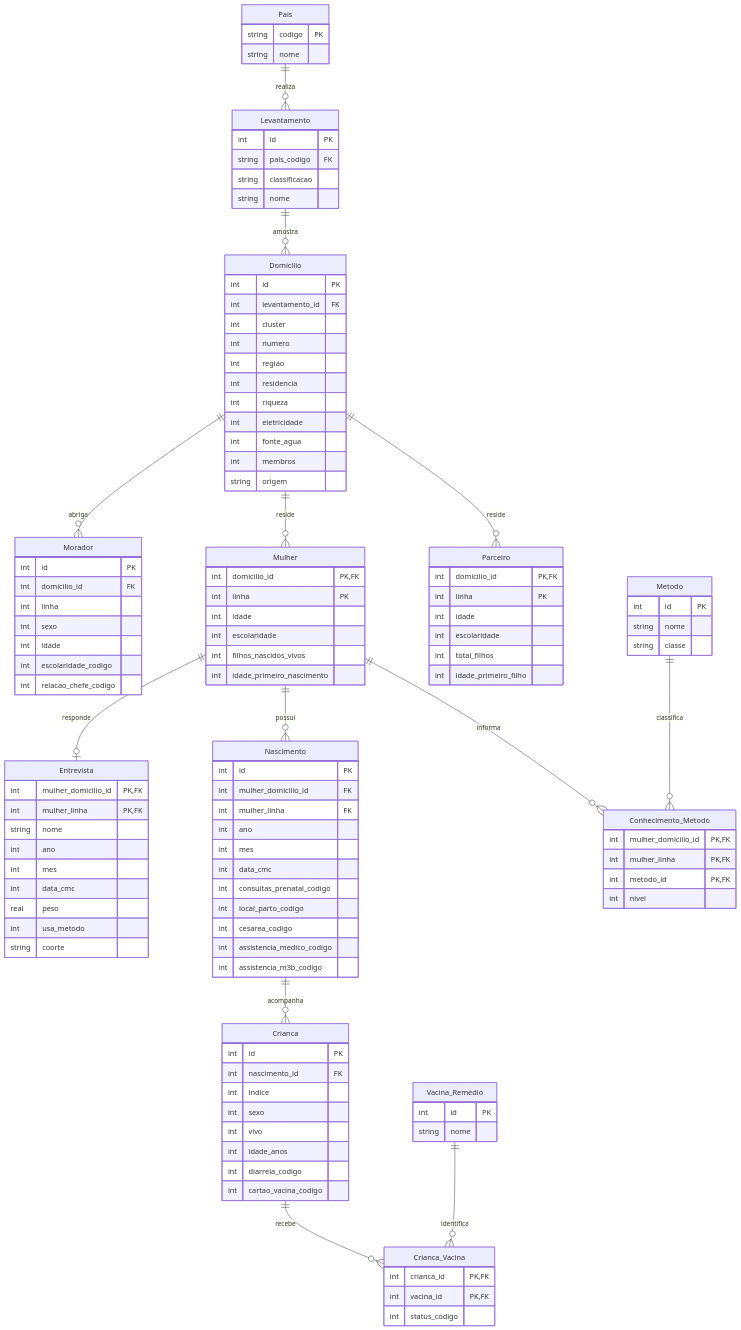
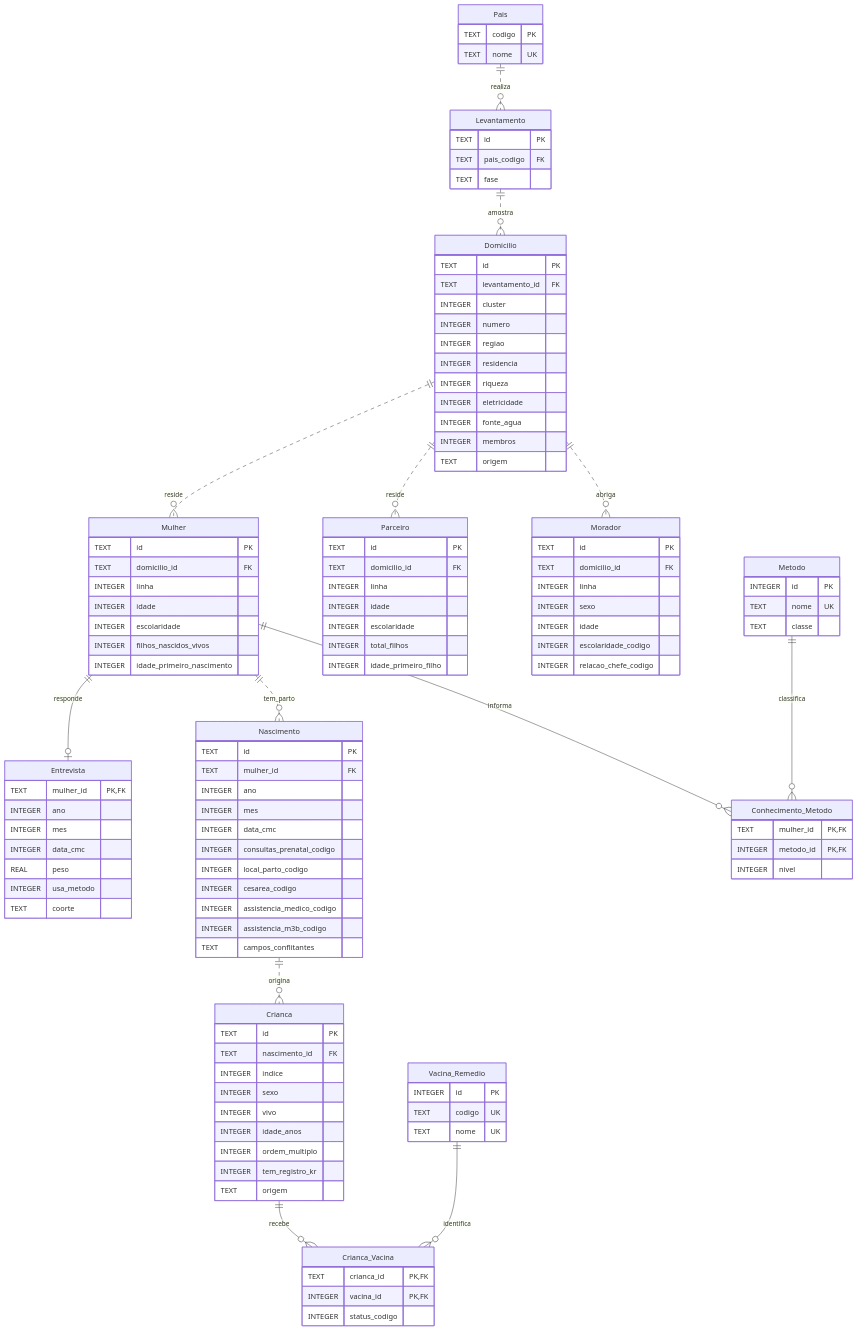
The diagram in docs/Diagrama Relacional.mmd (limag-henrique/subsaharanAfrica-womenData), drawn with Mermaid before and after one commit. The commit also changed 11 other files, not shown here.

Commit message:
notebook: diagrama relacional

```diff
--- a/docs/Diagrama Relacional.mmd
+++ b/docs/Diagrama Relacional.mmd
@@ -1,115 +1,121 @@
+---
+config:
+  theme: default
+  look: classic
+  layout: dagre
+---
 erDiagram
     Pais {
-        string codigo PK
-        string nome
+        TEXT codigo PK
+        TEXT nome UK
     }
     Levantamento {
-        int id PK
-        string pais_codigo FK
-        string classificacao
-        string nome
+        TEXT id PK
+        TEXT pais_codigo FK
+        TEXT fase
     }
     Domicilio {
-        int id PK
-        int levantamento_id FK
-        int cluster
-        int numero
-        int regiao
-        int residencia
-        int riqueza
-        int eletricidade
-        int fonte_agua
-        int membros
-        string origem
+        TEXT id PK
+        TEXT levantamento_id FK
+        INTEGER cluster
+        INTEGER numero
+        INTEGER regiao
+        INTEGER residencia
+        INTEGER riqueza
+        INTEGER eletricidade
+        INTEGER fonte_agua
+        INTEGER membros
+        TEXT origem
+    }
+    Mulher {
+        TEXT id PK
+        TEXT domicilio_id FK
+        INTEGER linha
+        INTEGER idade
+        INTEGER escolaridade
+        INTEGER filhos_nascidos_vivos
+        INTEGER idade_primeiro_nascimento
+    }
+    Parceiro {
+        TEXT id PK
+        TEXT domicilio_id FK
+        INTEGER linha
+        INTEGER idade
+        INTEGER escolaridade
+        INTEGER total_filhos
+        INTEGER idade_primeiro_filho
+    }
+    Entrevista {
+        TEXT mulher_id PK,FK
+        INTEGER ano
+        INTEGER mes
+        INTEGER data_cmc
+        REAL peso
+        INTEGER usa_metodo
+        TEXT coorte
+    }
+    Nascimento {
+        TEXT id PK
+        TEXT mulher_id FK
+        INTEGER ano
+        INTEGER mes
+        INTEGER data_cmc
+        INTEGER consultas_prenatal_codigo
+        INTEGER local_parto_codigo
+        INTEGER cesarea_codigo
+        INTEGER assistencia_medico_codigo
+        INTEGER assistencia_m3b_codigo
+        TEXT campos_conflitantes
+    }
+    Crianca {
+        TEXT id PK
+        TEXT nascimento_id FK
+        INTEGER indice
+        INTEGER sexo
+        INTEGER vivo
+        INTEGER idade_anos
+        INTEGER ordem_multiplo
+        INTEGER tem_registro_kr
+        TEXT origem
+    }
+    Vacina_Remedio {
+        INTEGER id PK
+        TEXT codigo UK
+        TEXT nome UK
+    }
+    Crianca_Vacina {
+        TEXT crianca_id PK,FK
+        INTEGER vacina_id PK,FK
+        INTEGER status_codigo
     }
     Morador {
-        int id PK
-        int domicilio_id FK
-        int linha
-        int sexo
-        int idade
-        int escolaridade_codigo
-        int relacao_chefe_codigo
-    }
-    Mulher {
-        int domicilio_id PK,FK
-        int linha PK
-        int idade
-        int escolaridade
-        int filhos_nascidos_vivos
-        int idade_primeiro_nascimento
-    }
-    Parceiro {
-        int domicilio_id PK,FK
-        int linha PK
-        int idade
-        int escolaridade
-        int total_filhos
-        int idade_primeiro_filho
+        TEXT id PK
+        TEXT domicilio_id FK
+        INTEGER linha
+        INTEGER sexo
+        INTEGER idade
+        INTEGER escolaridade_codigo
+        INTEGER relacao_chefe_codigo
     }
     Metodo {
-        int id PK
-        string nome
-        string classe
-    }
-    Entrevista {
-        int mulher_domicilio_id PK,FK
-        int mulher_linha PK,FK
-        string nome
-        int ano
-        int mes
-        int data_cmc
-        real peso
-        int usa_metodo
-        string coorte
-    }
-    Nascimento {
-        int id PK
-        int mulher_domicilio_id FK
-        int mulher_linha FK
-        int ano
-        int mes
-        int data_cmc
-        int consultas_prenatal_codigo
-        int local_parto_codigo
-        int cesarea_codigo
-        int assistencia_medico_codigo
-        int assistencia_m3b_codigo
+        INTEGER id PK
+        TEXT nome UK
+        TEXT classe
     }
     Conhecimento_Metodo {
-        int mulher_domicilio_id PK,FK
-        int mulher_linha PK,FK
-        int metodo_id PK,FK
-        int nivel
+        TEXT mulher_id PK,FK
+        INTEGER metodo_id PK,FK
+        INTEGER nivel
     }
-    Crianca {
-        int id PK
-        int nascimento_id FK
-        int indice
-        int sexo
-        int vivo
-        int idade_anos
-        int diarreia_codigo
-        int cartao_vacina_codigo
-    }
-    Vacina_Remedio {
-        int id PK
-        string nome
-    }
-    Crianca_Vacina {
-        int crianca_id PK,FK
-        int vacina_id PK,FK
-        int status_codigo
-    }
-    Pais ||--o{ Levantamento : realiza
-    Levantamento ||--o{ Domicilio : amostra
-    Domicilio ||--o{ Morador : abriga
-    Domicilio ||--o{ Mulher : reside
-    Domicilio ||--o{ Parceiro : reside
+    Pais ||..o{ Levantamento : realiza
+    Levantamento ||..o{ Domicilio : amostra
+    Domicilio ||..o{ Morador : abriga
+    Domicilio ||..o{ Mulher : reside
+    Domicilio ||..o{ Parceiro : reside
     Mulher ||--o| Entrevista : responde
-    Mulher ||--o{ Nascimento : possui
+    Mulher ||..o{ Nascimento : tem_parto
+    Nascimento ||..o{ Crianca : origina
     Mulher ||--o{ Conhecimento_Metodo : informa
     Metodo ||--o{ Conhecimento_Metodo : classifica
-    Nascimento ||--o{ Crianca : acompanha
     Crianca ||--o{ Crianca_Vacina : recebe
     Vacina_Remedio ||--o{ Crianca_Vacina : identifica
```
